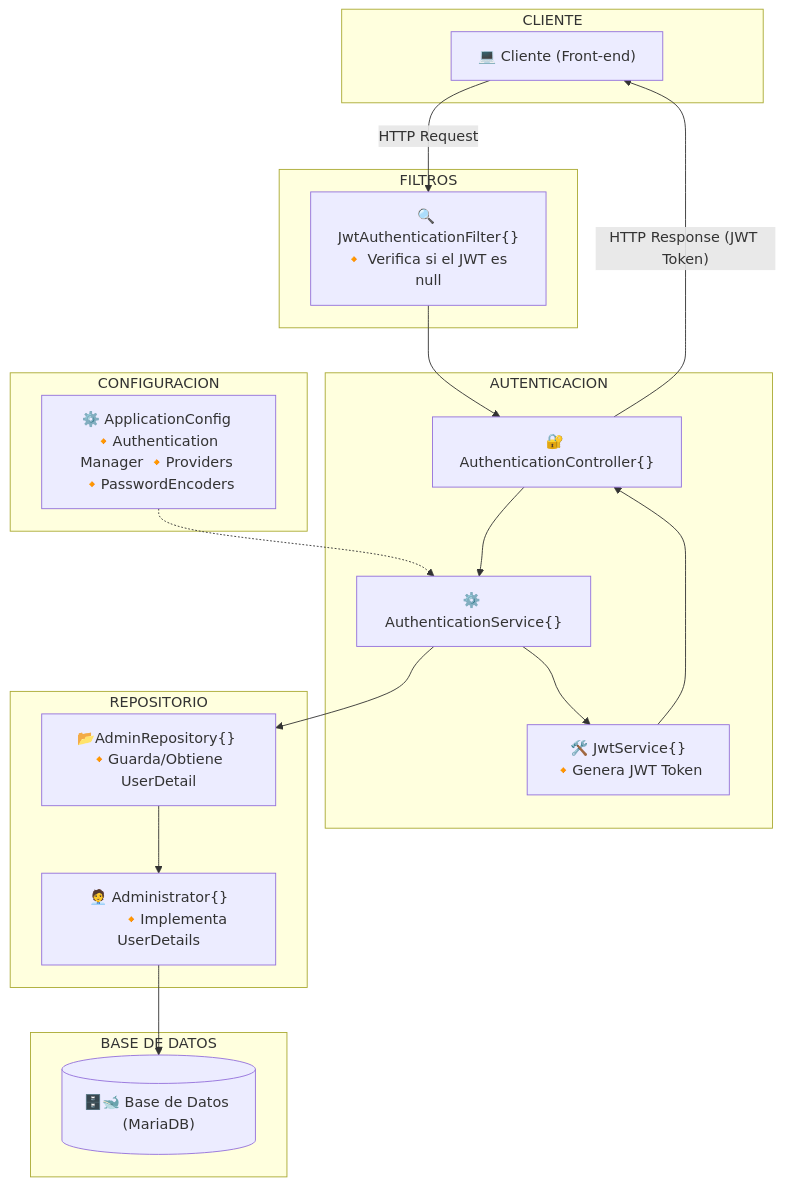
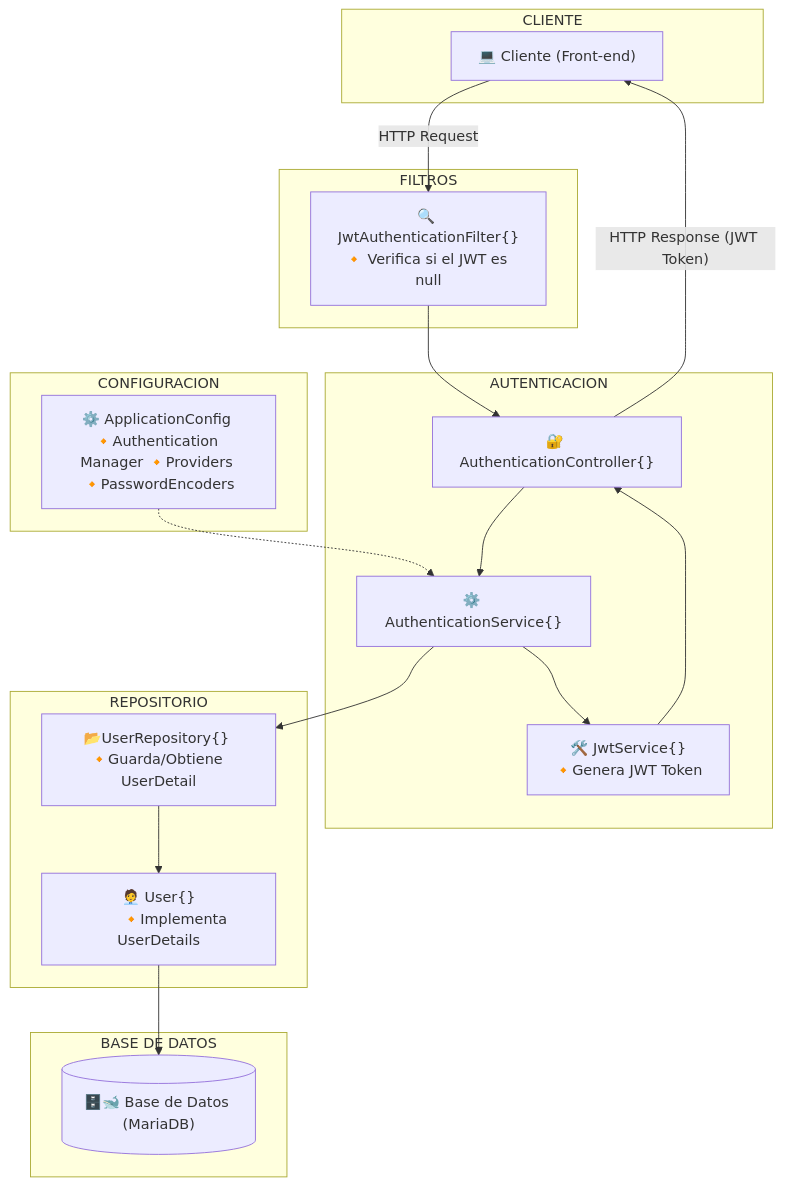
One commit to asobrados03/HotelManagementAPI changed the third of 4 diagrams in README.md. Above: the diagram before and after it, drawn with Mermaid. The commit also changed other lines of this file, not shown here.

````diff
--- a/README.md
+++ b/README.md
@@ -91,46 +91,46 @@
 ```mermaid
 graph TD;
     subgraph CLIENTE
         Cliente["💻 Cliente (Front-end)"]
     end
 
     subgraph FILTROS
         JwtFilter["🔍 JwtAuthenticationFilter{}🔸 Verifica si el JWT es null"]
     end
 
     subgraph AUTENTICACION
         AuthController["🔐 AuthenticationController{}"]
         AuthService["⚙️ AuthenticationService{}"]
         JwtService["🛠️ JwtService{}
         🔸Genera JWT Token"]
     end
 
     subgraph REPOSITORIO
-        UserRepo["📂AdminRepository{} 🔸Guarda/Obtiene UserDetail"]
-        User["🧑‍💼 Administrator{}
+        UserRepo["📂UserRepository{} 🔸Guarda/Obtiene UserDetail"]
+        User["🧑‍💼 User{}
         🔸Implementa UserDetails"]
     end
 
     subgraph CONFIGURACION
         Config["⚙️ ApplicationConfig 🔸Authentication Manager 🔸Providers 🔸PasswordEncoders"]
     end
 
     subgraph BASE DE DATOS
         DB[("🗄️🐋 Base de Datos (MariaDB)")]
     end
 
     %% Flujo del proceso de autenticación
     Cliente -- "HTTP Request" --> JwtFilter
     JwtFilter --> AuthController
     AuthController --> AuthService
     AuthService --> UserRepo
     UserRepo --> User
     User --> DB
 
     AuthService --> JwtService
     JwtService --> AuthController
     AuthController -- "HTTP Response (JWT Token)" --> Cliente
 
     %% Conexiones de configuración
     Config -.-> AuthService
 ```
````
